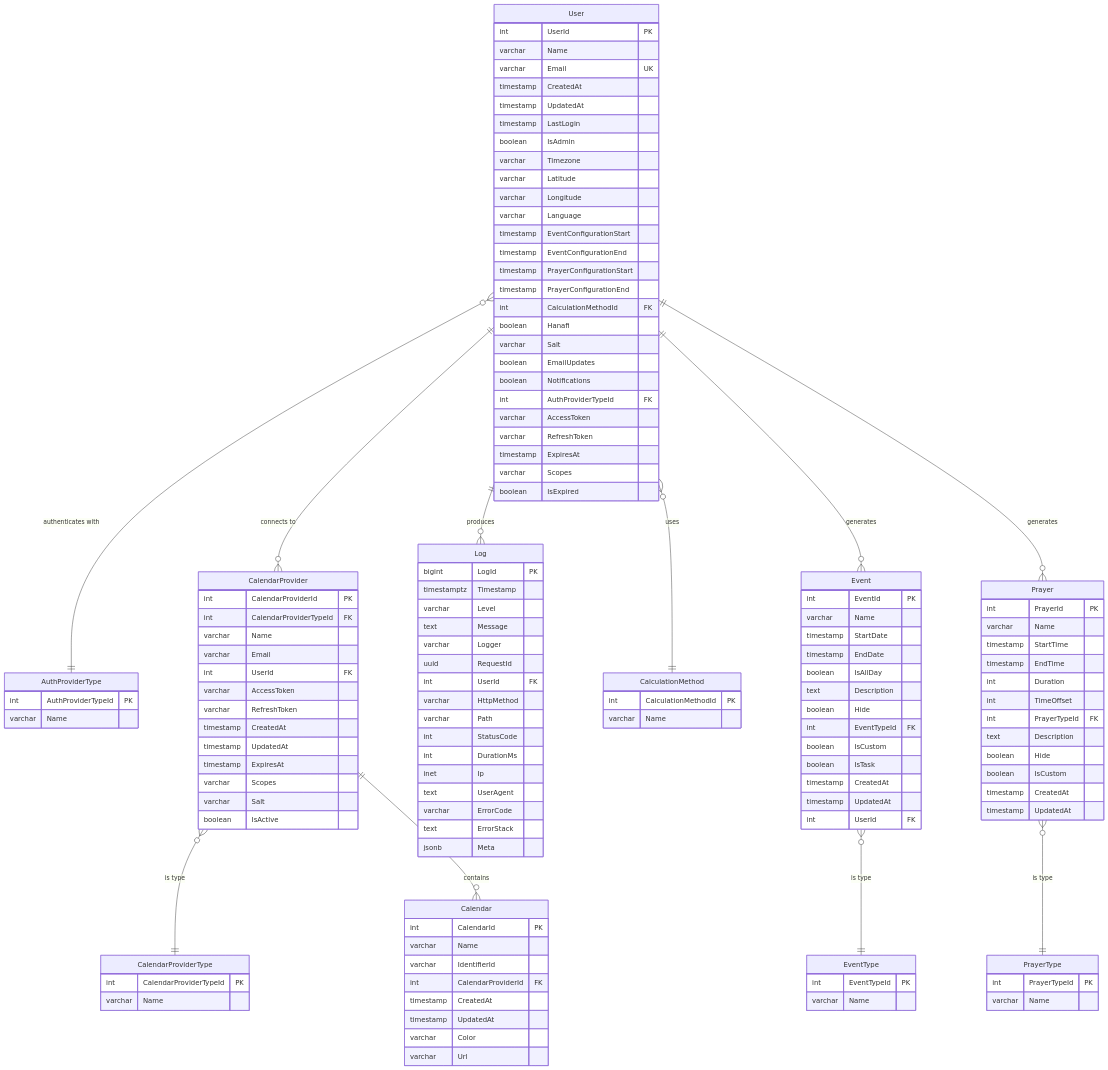
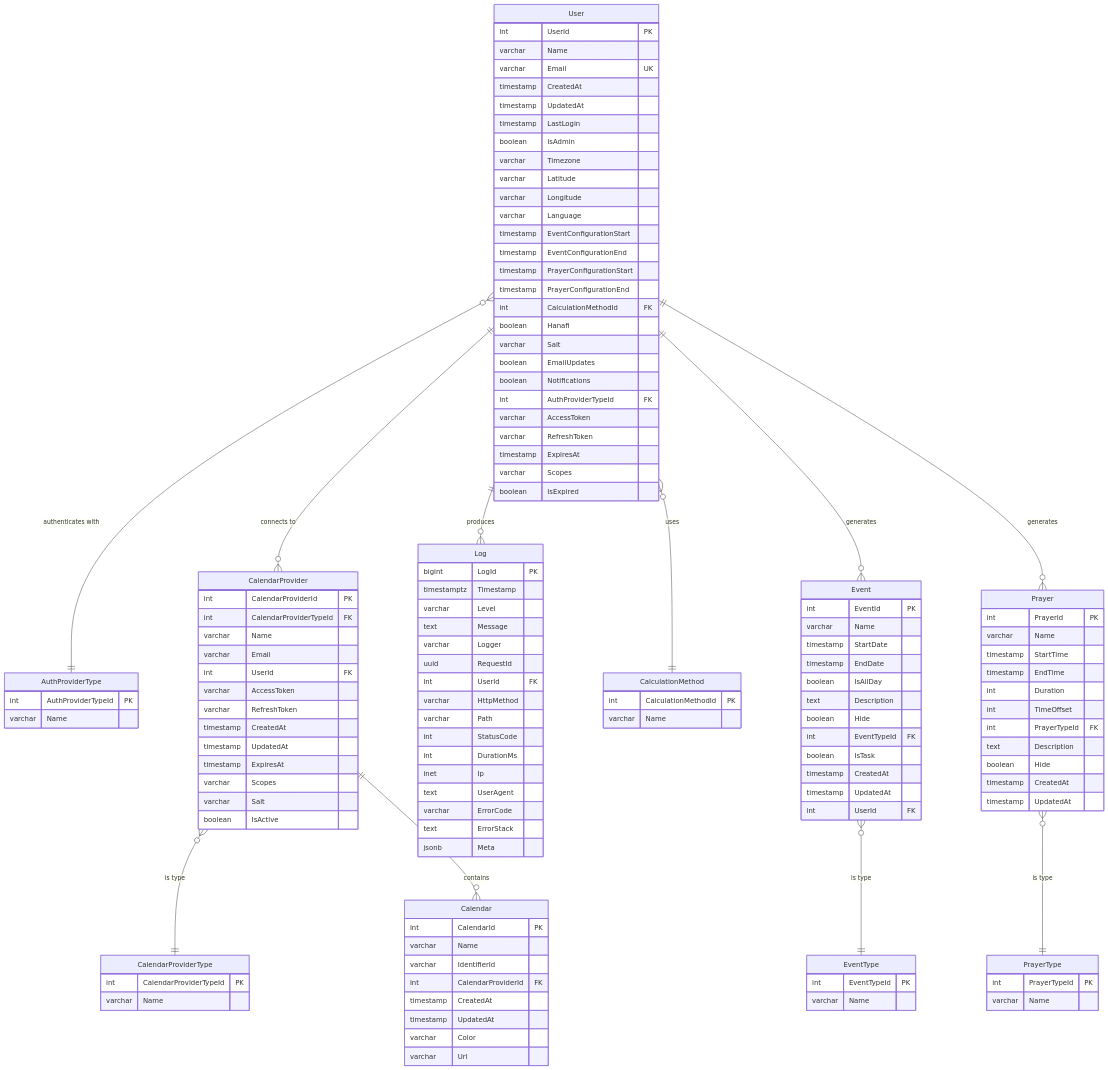
The diagram in _wiki/entity_overview_and_design.md (mdw223/Islamic-Calendar-Sync), drawn with Mermaid before and after one commit. The commit also changed 21 other files, not shown here.

```diff
--- a/_wiki/entity_overview_and_design.md
+++ b/_wiki/entity_overview_and_design.md
@@ -171,7 +171,6 @@
         text Description
         boolean Hide
         int EventTypeId FK
-        boolean IsCustom
         boolean IsTask
         timestamp CreatedAt
         timestamp UpdatedAt
@@ -205,7 +204,6 @@
         int PrayerTypeId FK
         text Description
         boolean Hide
-        boolean IsCustom
         timestamp CreatedAt
         timestamp UpdatedAt
     }
```
